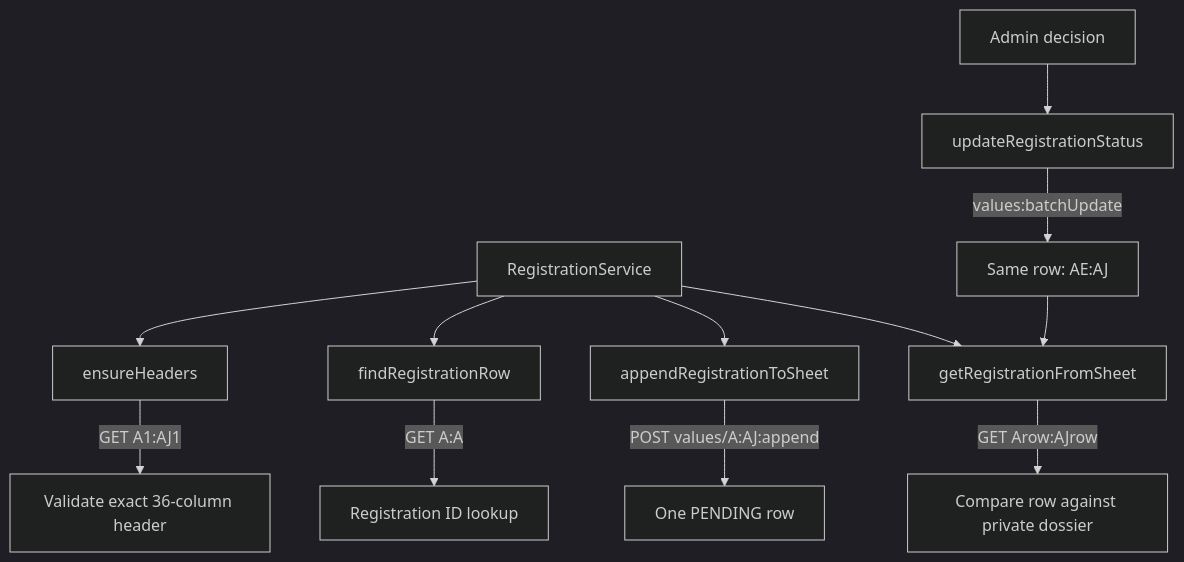
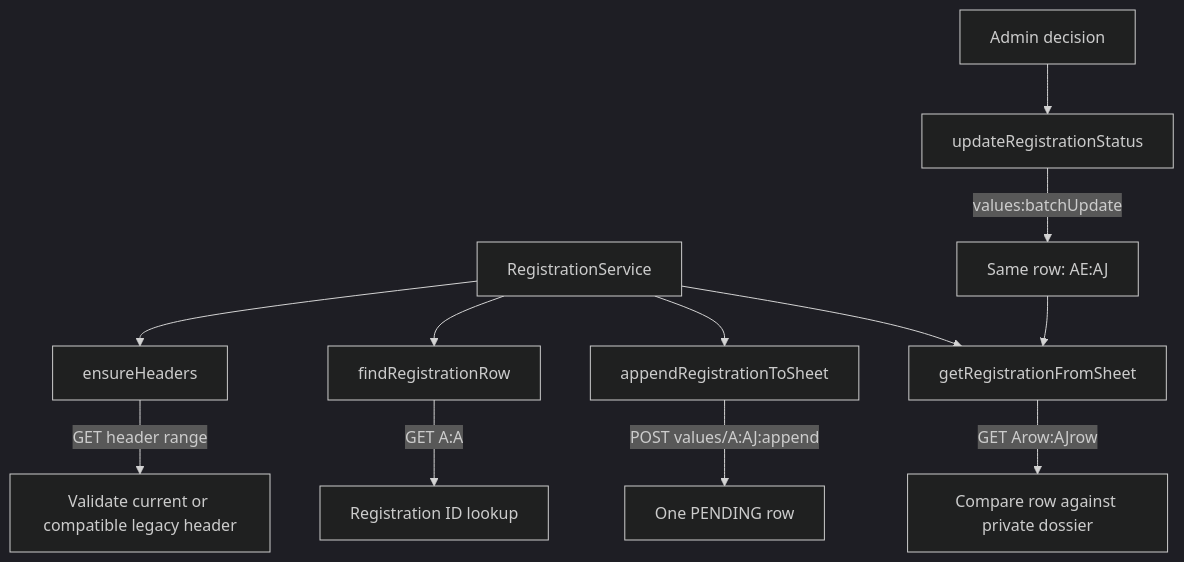
One commit to YZO-BIT/Phase-3 changed the sixth of 9 diagrams in docs/PRODUCTION_ARCHITECTURE.md. Above: the diagram before and after it, drawn with Mermaid (dark theme). The commit also changed other lines of this file and 40 other files, not shown here.

````diff
--- a/docs/PRODUCTION_ARCHITECTURE.md
+++ b/docs/PRODUCTION_ARCHITECTURE.md
@@ -274,14 +274,14 @@
 ```mermaid
 flowchart TD
     R[RegistrationService] --> H[ensureHeaders]
-    H -->|GET A1:AJ1| HEAD[Validate exact 36-column header]
+    H -->|GET header range| HEAD[Validate current or compatible legacy header]
     R --> F[findRegistrationRow]
     F -->|GET A:A| ID[Registration ID lookup]
     R --> APP[appendRegistrationToSheet]
     APP -->|POST values/A:AJ:append| ROW[One PENDING row]
     R --> READ[getRegistrationFromSheet]
     READ -->|GET Arow:AJrow| CHECK[Compare row against private dossier]
     A[Admin decision] --> U[updateRegistrationStatus]
     U -->|values:batchUpdate| SAME[Same row: AE:AJ]
     SAME --> READ
 ```
````
